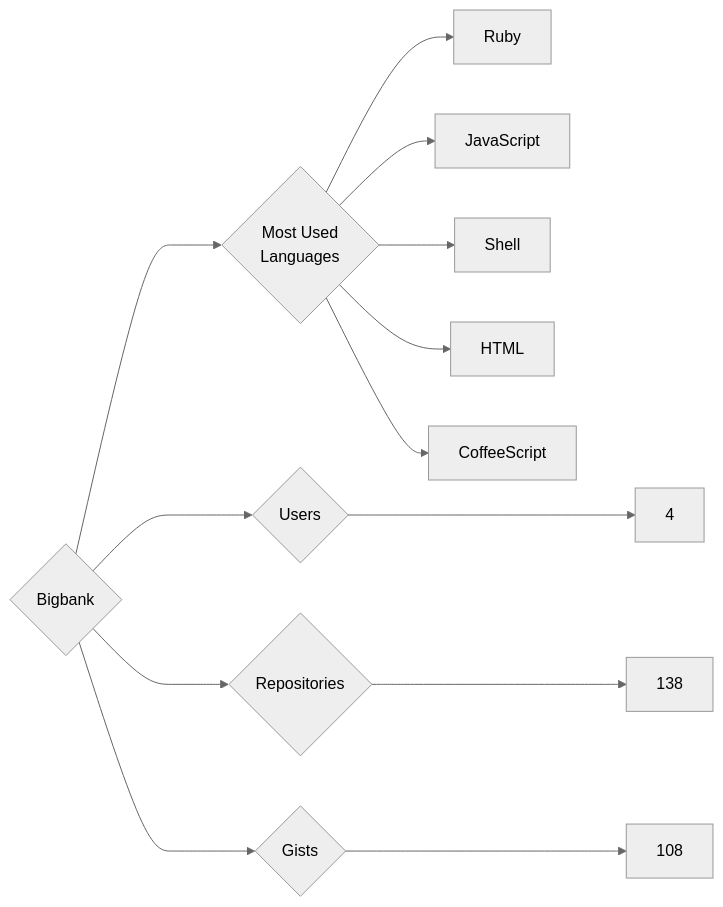
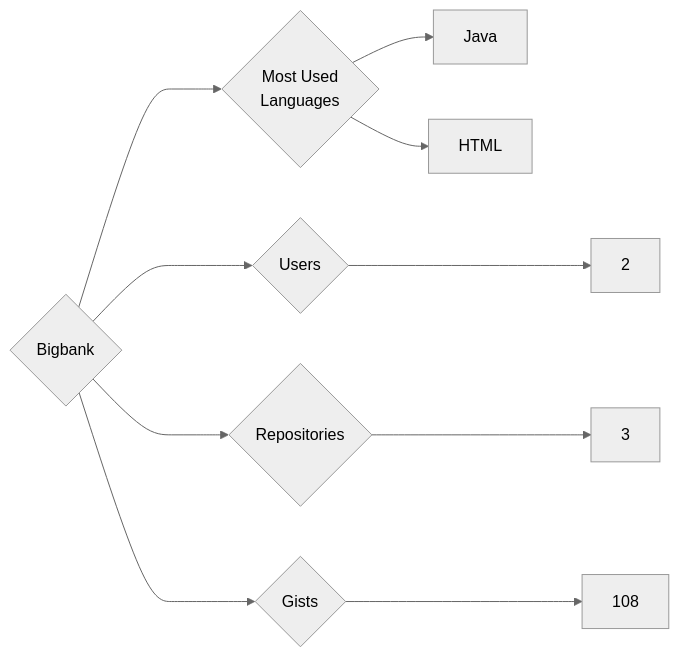
One commit to trickest/insiders changed the diagram in targets/Bigbank/README.md. Above: the diagram before and after it, drawn with Mermaid (neutral theme). The commit also changed 629 other files, not shown here.

````diff
--- a/targets/Bigbank/README.md
+++ b/targets/Bigbank/README.md
@@ -3,13 +3,10 @@
 ```mermaid
 graph LR
 COMPANY_NAME{Bigbank}
-COMPANY_NAME ---> U{Users} ---> UN[4]
-COMPANY_NAME ---> R{Repositories} ---> RN[138]
+COMPANY_NAME ---> U{Users} ---> UN[2]
+COMPANY_NAME ---> R{Repositories} ---> RN[3]
 COMPANY_NAME ---> G{Gists} ---> GN[108]
 COMPANY_NAME ---> ML{Most Used<br>Languages}
-ML --> Ruby[Ruby]
-ML --> JavaScript[JavaScript]
-ML --> Shell[Shell]
+ML --> Java[Java]
 ML --> HTML[HTML]
-ML --> CoffeeScript[CoffeeScript]
 ```
````
